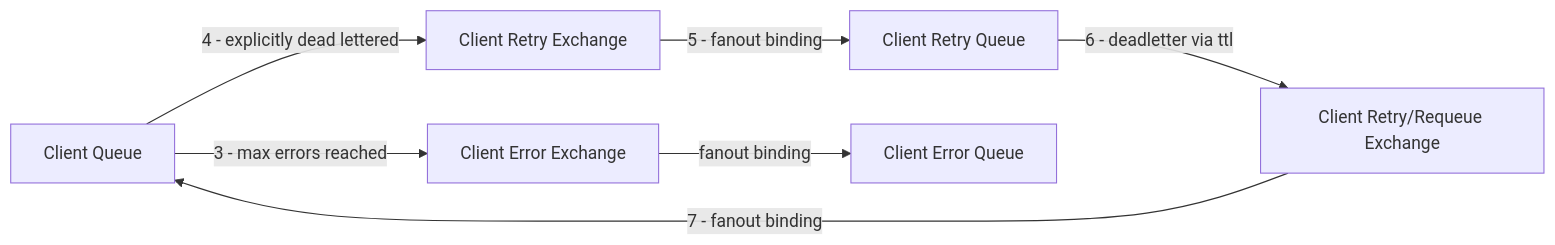
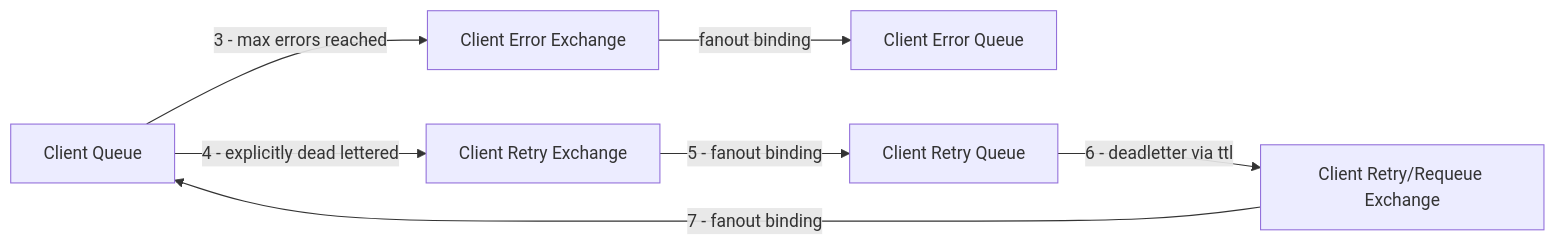
Before and after one commit to ideacrew/event_source: the diagram in hugo/content/docs/acapi/clients.md, drawn with Mermaid. The commit also changed other lines of this file, not shown here.

Commit message:
Better retry diagram.

```diff
--- a/hugo/content/docs/acapi/clients.md
+++ b/hugo/content/docs/acapi/clients.md
@@ -52,9 +52,9 @@
 {{<mermaid align="left">}}
 graph LR;
   CQueue[Client Queue] -->|4 - explicitly dead lettered| RetryExchange[Client Retry Exchange];
+  CQueue -->|3 - max errors reached| ErrorExchange[Client Error Exchange];
+  ErrorExchange -->|fanout binding| ErrorQueue[Client Error Queue];
   RetryExchange -->|5 - fanout binding| RetryQueue[Client Retry Queue];
   RetryQueue -->|6 - deadletter via ttl| RetryRequeueExchange[Client Retry/Requeue Exchange];
   RetryRequeueExchange -->|7 - fanout binding| CQueue;
-  CQueue -->|3 - max errors reached| ErrorExchange[Client Error Exchange];
-  ErrorExchange -->|fanout binding| ErrorQueue[Client Error Queue];
 {{< /mermaid >}}
```
